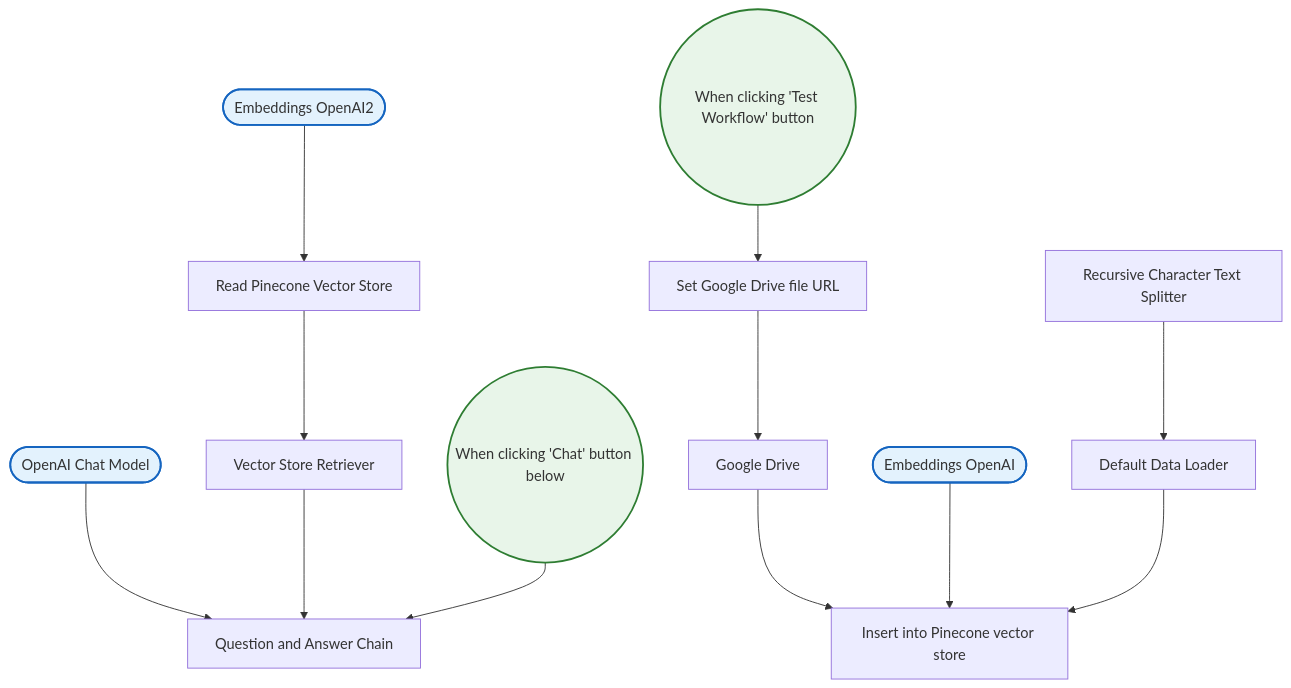
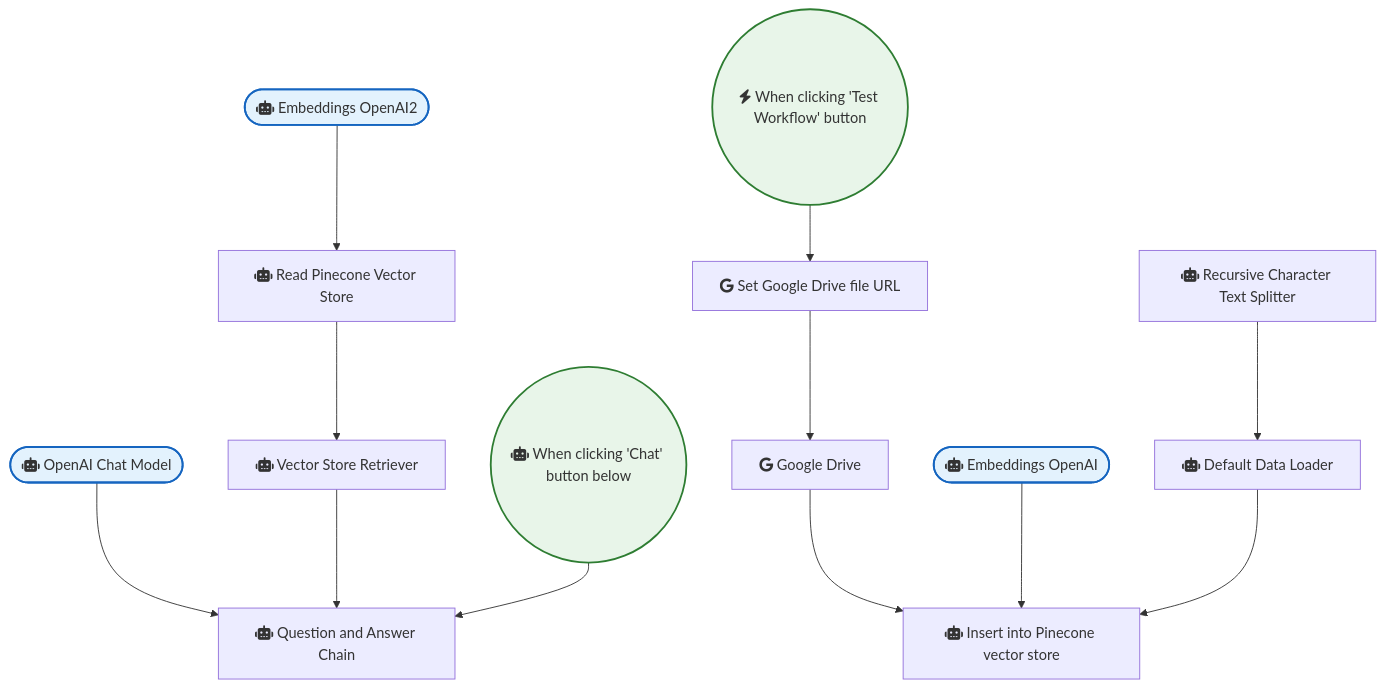
Before and after one commit to sreyash3105/N8N-DEMO-AUTOMATIONS: the diagram in PDF_and_Document_Processing/Ask questions about a PDF using AI.md, drawn with Mermaid. The commit also changed 291 other files, not shown here.

````diff
--- a/PDF_and_Document_Processing/Ask questions about a PDF using AI.md
+++ b/PDF_and_Document_Processing/Ask questions about a PDF using AI.md
@@ -1,32 +1,32 @@
 ```mermaid
 graph TD
     classDef trigger fill:#e8f5e9,stroke:#2e7d32,stroke-width:2px;
     classDef ai fill:#e3f2fd,stroke:#1565c0,stroke-width:2px;
     classDef logic fill:#fff3e0,stroke:#ef6c00,stroke-width:2px;
 
-    Google_Drive["Google Drive"]
-    Recursive_Character_Text_Splitter["Recursive Character Text Splitter"]
-    Embeddings_OpenAI(["Embeddings OpenAI"]):::ai
-    Default_Data_Loader["Default Data Loader"]
-    Question_and_Answer_Chain["Question and Answer Chain"]
-    OpenAI_Chat_Model(["OpenAI Chat Model"]):::ai
-    Embeddings_OpenAI2(["Embeddings OpenAI2"]):::ai
-    Vector_Store_Retriever["Vector Store Retriever"]
-    Read_Pinecone_Vector_Store["Read Pinecone Vector Store"]
-    Insert_into_Pinecone_vector_store["Insert into Pinecone vector store"]
-    When_clicking__Chat__button_below(("When clicking 'Chat' button below")):::trigger
-    When_clicking__Test_Workflow__button(("When clicking 'Test Workflow' button")):::trigger
-    Set_Google_Drive_file_URL["Set Google Drive file URL"]
+    Google_Drive["fab:fa-google Google Drive"]
+    Recursive_Character_Text_Splitter["fas:fa-robot Recursive Character Text Splitter"]
+    Embeddings_OpenAI(["fas:fa-robot Embeddings OpenAI"]):::ai
+    Default_Data_Loader["fas:fa-robot Default Data Loader"]
+    Question_and_Answer_Chain["fas:fa-robot Question and Answer Chain"]
+    OpenAI_Chat_Model(["fas:fa-robot OpenAI Chat Model"]):::ai
+    Embeddings_OpenAI2(["fas:fa-robot Embeddings OpenAI2"]):::ai
+    Vector_Store_Retriever["fas:fa-robot Vector Store Retriever"]
+    Read_Pinecone_Vector_Store["fas:fa-robot Read Pinecone Vector Store"]
+    Insert_into_Pinecone_vector_store["fas:fa-robot Insert into Pinecone vector store"]
+    When_clicking__Chat__button_below(("fas:fa-robot When clicking 'Chat' button below")):::trigger
+    When_clicking__Test_Workflow__button(("fas:fa-bolt When clicking 'Test Workflow' button")):::trigger
+    Set_Google_Drive_file_URL["fab:fa-google Set Google Drive file URL"]
 
     Google_Drive --> Insert_into_Pinecone_vector_store
     Embeddings_OpenAI --> Insert_into_Pinecone_vector_store
     OpenAI_Chat_Model --> Question_and_Answer_Chain
     Embeddings_OpenAI2 --> Read_Pinecone_Vector_Store
     Default_Data_Loader --> Insert_into_Pinecone_vector_store
     Vector_Store_Retriever --> Question_and_Answer_Chain
     Set_Google_Drive_file_URL --> Google_Drive
     Read_Pinecone_Vector_Store --> Vector_Store_Retriever
     Recursive_Character_Text_Splitter --> Default_Data_Loader
     When_clicking__Chat__button_below --> Question_and_Answer_Chain
     When_clicking__Test_Workflow__button --> Set_Google_Drive_file_URL
 ```
````
